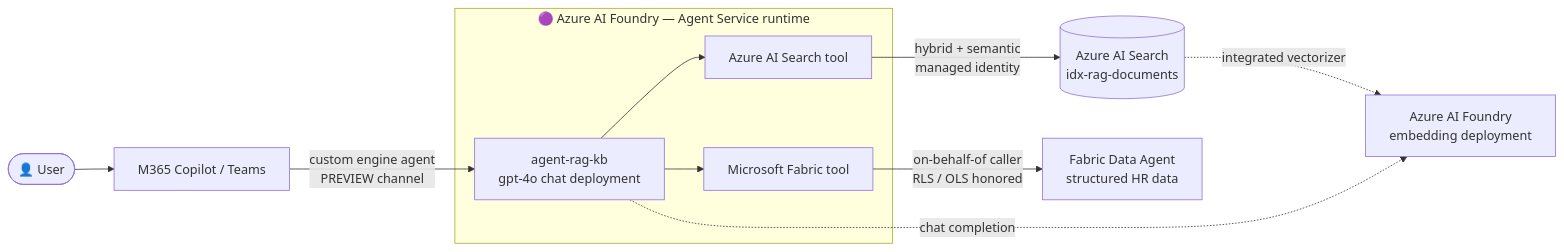
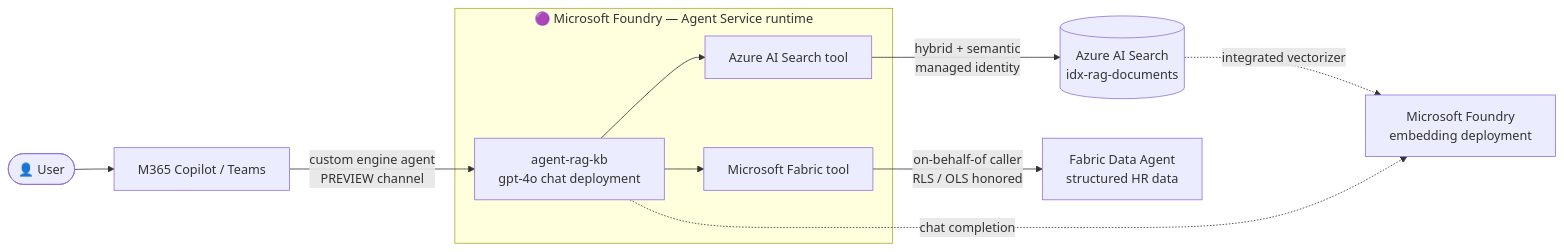
Before and after one commit to chmald/fabric-ai-search-copilot-studio: the diagram in docs/03d-foundry-agent-setup.md, drawn with Mermaid. The commit also changed other lines of this file and 14 other files, not shown here.

First line of the commit message:
refactor: update terminology from Azure AI Foundry to Microsoft Foundry across documentation and infrastructure files

````diff
--- a/docs/03d-foundry-agent-setup.md
+++ b/docs/03d-foundry-agent-setup.md
@@ -36,16 +36,16 @@
 ```mermaid
 flowchart LR
     USER([👤 User]) --> M365[M365 Copilot / Teams]
     M365 -->|custom engine agent<br/>PREVIEW channel| AGENT
-    subgraph Foundry["🟣 Azure AI Foundry — Agent Service runtime"]
+    subgraph Foundry["🟣 Microsoft Foundry — Agent Service runtime"]
         AGENT[agent-rag-kb<br/>gpt-4o chat deployment]
         T1[Azure AI Search tool]
         T2[Microsoft Fabric tool]
         AGENT --> T1
         AGENT --> T2
     end
     T1 -->|hybrid + semantic<br/>managed identity| SEARCH[(Azure AI Search<br/>idx-rag-documents)]
     T2 -->|on-behalf-of caller<br/>RLS / OLS honored| FDA[Fabric Data Agent<br/>structured HR data]
-    SEARCH -.->|integrated vectorizer| AIF[Azure AI Foundry<br/>embedding deployment]
+    SEARCH -.->|integrated vectorizer| AIF[Microsoft Foundry<br/>embedding deployment]
     AGENT -.->|chat completion| AIF
 ```
````
